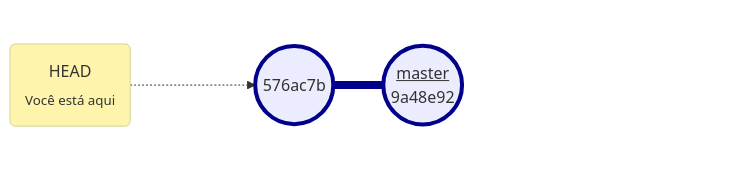
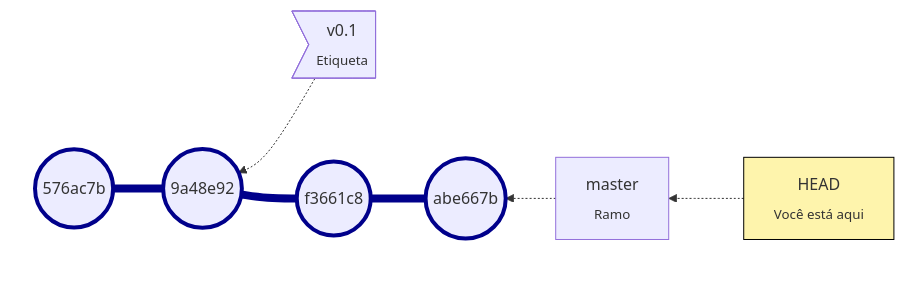
One commit to yxuo/learning changed the eighth of 10 diagrams in git/courses/rbtech/lessons/lang/pt/lesson-5.pt.md. Above: the diagram before and after it, drawn with Mermaid. The commit also changed other lines of this file and 1 other file, not shown here.

````diff
--- a/git/courses/rbtech/lessons/lang/pt/lesson-5.pt.md
+++ b/git/courses/rbtech/lessons/lang/pt/lesson-5.pt.md
@@ -325,17 +445,19 @@
 ```mermaid
-flowchart LR
-subgraph S[" "]
-a(("576ac7b"))---b(("<u>master</u><br>9a48e92"))---c(("f3661c8"))---d(("abe667b"))
+flowchart RL
+
+T1>"v0.1<br><sub>Etiqueta"] -.-> c
+H["HEAD<br><sub>Você está aqui"] -.-> B1
+
+subgraph S1[" "]
+B1["master<br><sub>Ramo"]-.->a
+a(("abe667b"))---b(("f3661c8"))---c(("9a48e92"))---d(("576ac7b"))
 end
-N("HEAD<br><sub>Você está aqui") -..-> a
 
-style S fill: transparent, stroke: transparent
-style N fill:#fef4ac, stroke:#d3d398
+style H fill:#fef4ac, stroke:black
+style S1 fill: transparent, stroke: transparent
 style a stroke:darkblue, stroke-width: 4px
 style b stroke:darkblue, stroke-width: 4px
-style c stroke-width: 0, fill: transparent,color: transparent
-style d stroke-width: 0, fill: transparent,color: transparent
-
-linkStyle 1,2 stroke: transparent
-linkStyle 0 stroke:darkblue,stroke-width:8px;
+style c stroke:darkblue, stroke-width: 4px
+style d stroke:darkblue, stroke-width: 4px
+linkStyle 3,4,5 stroke:darkblue,stroke-width:8px;
 ```
````
